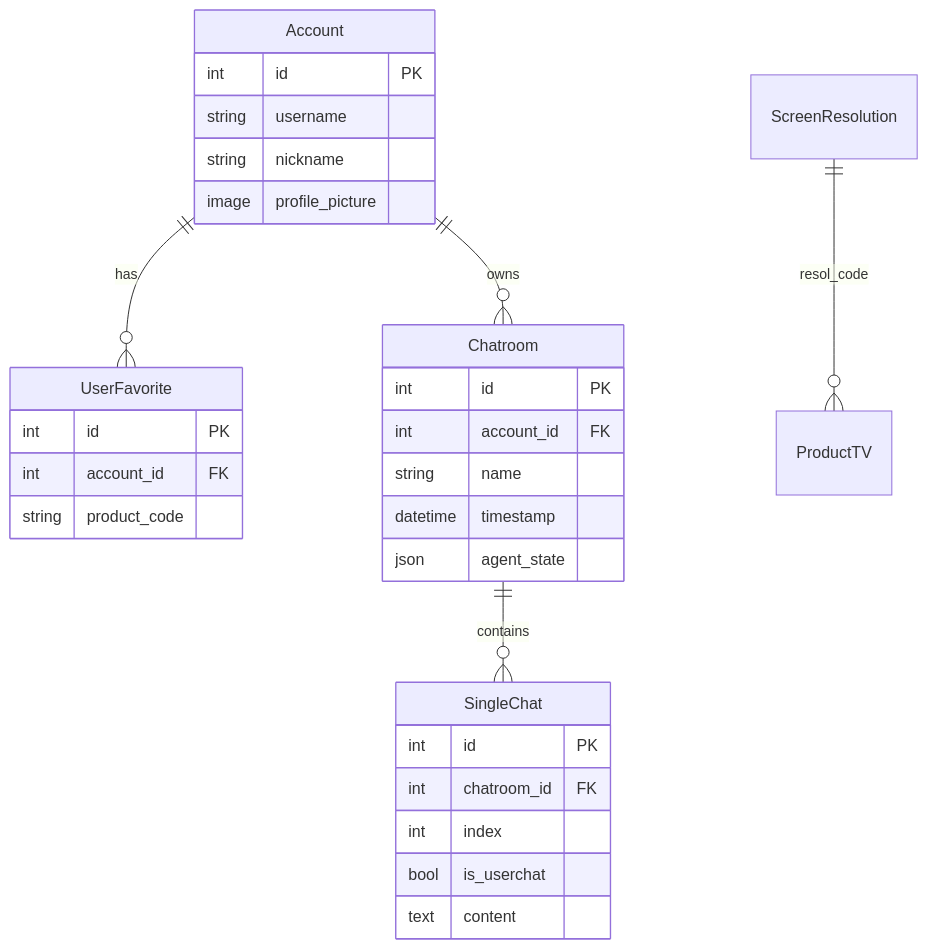
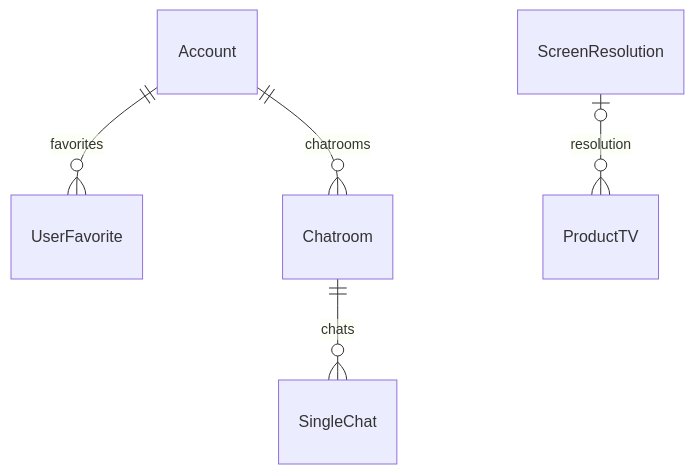
Before and after one commit to minhyeok328/4th_project: the diagram in docs/05-database/schema-and-erd.md, drawn with Mermaid. The commit also changed other lines of this file and 32 other files, not shown here.

````diff
--- a/docs/05-database/schema-and-erd.md
+++ b/docs/05-database/schema-and-erd.md
@@ -10,33 +9,7 @@
 ```mermaid
 erDiagram
-    Account ||--o{ UserFavorite : has
-    Account ||--o{ Chatroom : owns
-    Chatroom ||--o{ SingleChat : contains
-    ScreenResolution ||--o{ ProductTV : resol_code
-
-    Account {
-        int id PK
-        string username
-        string nickname
-        image profile_picture
-    }
-    UserFavorite {
-        int id PK
-        int account_id FK
-        string product_code
-    }
-    Chatroom {
-        int id PK
-        int account_id FK
-        string name
-        datetime timestamp
-        json agent_state
-    }
-    SingleChat {
-        int id PK
-        int chatroom_id FK
-        int index
-        bool is_userchat
-        text content
-    }
+    Account ||--o{ UserFavorite : favorites
+    Account ||--o{ Chatroom : chatrooms
+    Chatroom ||--o{ SingleChat : chats
+    ScreenResolution o|--o{ ProductTV : resolution
 ```
````
